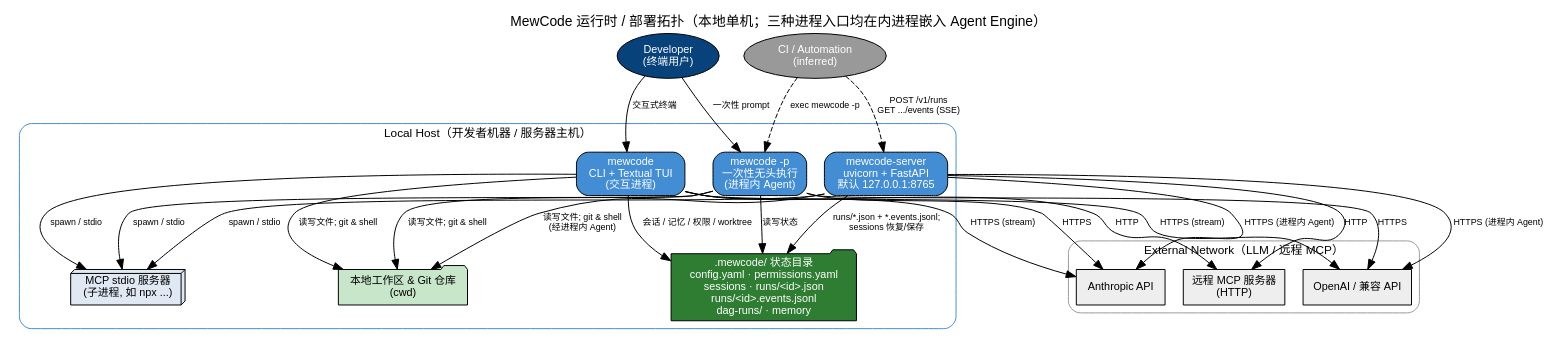
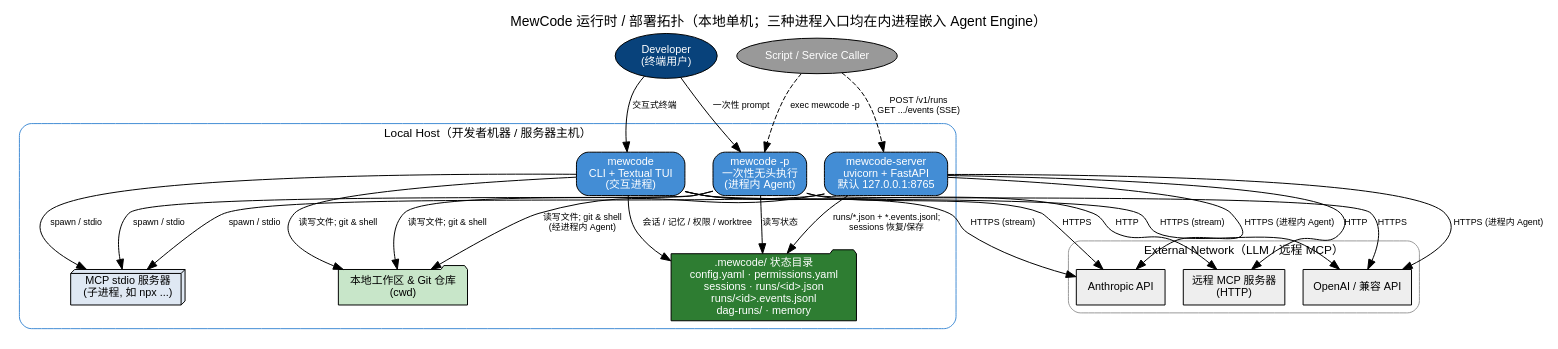
The diagram in architecture/mewcode-runtime-topology.dot (Makimasdog/mewcode), drawn with Graphviz before and after one commit. The commit also changed 12 other files, not shown here.

Commit message:
docs: audit repository structure and consolidate architecture

```diff
--- a/architecture/mewcode-runtime-topology.dot
+++ b/architecture/mewcode-runtime-topology.dot
@@ -1,75 +1,75 @@
 // MewCode — 运行时 / 部署拓扑（runtime & deployment topology）
 // 格式选择：部署 / 资源图按插件规范使用 Graphviz DOT（rankdir=TB，便于 Qoder DOT 预览）。
-// 状态：current-state，基于 2026-09-26 代码审查。派生自 mewcode.structurizr.dsl，但单独维护。
-// 证据见 mewcode.evidence.md。标注 (inferred) 者为推断项。
+// 状态：current-state，基于 2026-09-28 代码审查。派生自 mewcode.structurizr.dsl，但单独维护。
+// 证据见 mewcode.evidence.md。没有源码证据的部署角色不写入拓扑。
 digraph mewcode_runtime_topology {
     rankdir=TB;
     fontname="Helvetica";
     node [fontname="Helvetica", fontsize=11];
     edge [fontname="Helvetica", fontsize=9];
     label="MewCode 运行时 / 部署拓扑（本地单机；三种进程入口均在内进程嵌入 Agent Engine）";
     labelloc=t;
     fontsize=14;
 
     // ---- 参与者 ----
     dev [label="Developer\n(终端用户)", shape=ellipse, style=filled, fillcolor="#08427b", fontcolor=white];
-    ci  [label="CI / Automation\n(inferred)", shape=ellipse, style=filled, fillcolor="#999999", fontcolor=white];
+    automation [label="Script / Service Caller", shape=ellipse, style=filled, fillcolor="#999999", fontcolor=white];
 
     // ---- 本地主机边界 ----
     subgraph cluster_host {
         label="Local Host（开发者机器 / 服务器主机）";
         style=rounded;
         color="#438dd5";
         fontsize=12;
 
         cli_tui [label="mewcode\nCLI + Textual TUI\n(交互进程)", shape=box, style="rounded,filled", fillcolor="#438dd5", fontcolor=white];
         cli_p   [label="mewcode -p\n一次性无头执行\n(进程内 Agent)", shape=box, style="rounded,filled", fillcolor="#438dd5", fontcolor=white];
         server  [label="mewcode-server\nuvicorn + FastAPI\n默认 127.0.0.1:8765", shape=box, style="rounded,filled", fillcolor="#438dd5", fontcolor=white];
 
         mcp_stdio [label="MCP stdio 服务器\n(子进程, 如 npx ...)", shape=box3d, style=filled, fillcolor="#dfe8f3"];
 
         fs_state [label=".mewcode/ 状态目录\nconfig.yaml · permissions.yaml\nsessions · runs/<id>.json\nruns/<id>.events.jsonl\ndag-runs/ · memory", shape=folder, style=filled, fillcolor="#2e7d32", fontcolor=white];
         fs_work  [label="本地工作区 & Git 仓库\n(cwd)", shape=folder, style=filled, fillcolor="#c8e6c9"];
     }
 
     // ---- 外部网络边界 ----
     subgraph cluster_external {
         label="External Network（LLM / 远程 MCP）";
         style=rounded;
         color="#999999";
         fontsize=12;
 
         anthropic [label="Anthropic API", shape=cloud, style=filled, fillcolor="#eeeeee"];
         openai    [label="OpenAI / 兼容 API", shape=cloud, style=filled, fillcolor="#eeeeee"];
         mcp_remote [label="远程 MCP 服务器\n(HTTP)", shape=cloud, style=filled, fillcolor="#eeeeee"];
     }
 
     // ---- 使用者 -> 进程 ----
     dev -> cli_tui [label="交互式终端"];
     dev -> cli_p   [label="一次性 prompt"];
-    ci  -> server  [label="POST /v1/runs\nGET .../events (SSE)", style=dashed];
-    ci  -> cli_p   [label="exec mewcode -p", style=dashed];
+    automation  -> server  [label="POST /v1/runs\nGET .../events (SSE)", style=dashed];
+    automation  -> cli_p   [label="exec mewcode -p", style=dashed];
 
     // ---- 进程 -> 本地存储 ----
     cli_tui -> fs_state [label="会话 / 记忆 / 权限 / worktree"];
     cli_tui -> fs_work  [label="读写文件; git & shell"];
     cli_p   -> fs_state [label="读写状态"];
     cli_p   -> fs_work  [label="读写文件; git & shell"];
     server  -> fs_state [label="runs/*.json + *.events.jsonl;\nsessions 恢复/保存"];
     server  -> fs_work  [label="读写文件; git & shell\n(经进程内 Agent)"];
 
     // ---- 进程 -> 本地 MCP 子进程 ----
     cli_tui -> mcp_stdio [label="spawn / stdio"];
     cli_p   -> mcp_stdio [label="spawn / stdio"];
     server  -> mcp_stdio [label="spawn / stdio"];
 
     // ---- 进程 -> 外部网络 (出站 HTTPS) ----
     cli_tui -> anthropic [label="HTTPS (stream)"];
     cli_tui -> openai    [label="HTTPS (stream)"];
     cli_tui -> mcp_remote [label="HTTP"];
     cli_p   -> anthropic [label="HTTPS"];
     cli_p   -> openai    [label="HTTPS"];
     server  -> anthropic [label="HTTPS (进程内 Agent)"];
     server  -> openai    [label="HTTPS (进程内 Agent)"];
     server  -> mcp_remote [label="HTTP"];
 }
```
